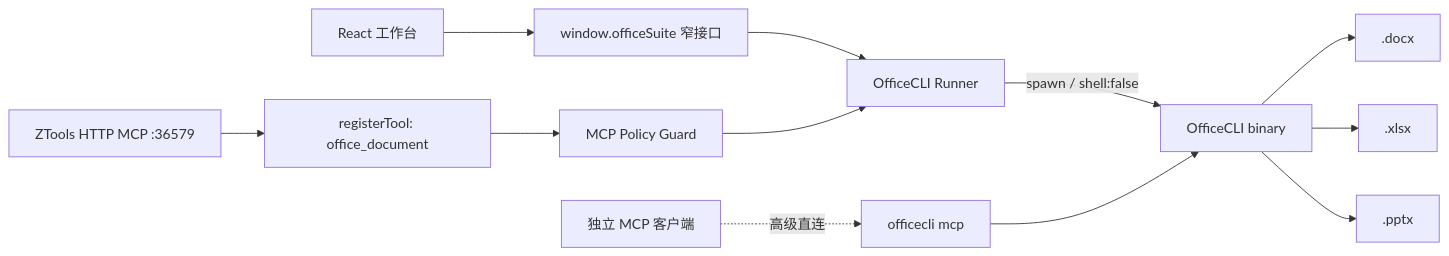
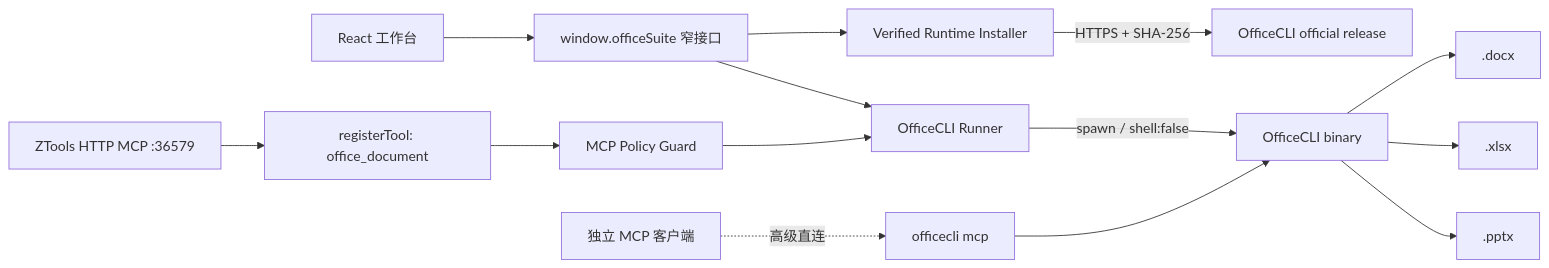
One commit to D06F6E67/ZTools-plugins changed the diagram in plugins/office-suite-workbench/docs/ARCHITECTURE.md. Above: the diagram before and after it, drawn with Mermaid. The commit also changed other lines of this file and 10 other files, not shown here.

Commit message:
feat(office-suite-workbench): 支持一键安装 OfficeCLI

````diff
--- a/plugins/office-suite-workbench/docs/ARCHITECTURE.md
+++ b/plugins/office-suite-workbench/docs/ARCHITECTURE.md
@@ -7,12 +7,14 @@
 ```mermaid
 flowchart LR
   UI["React 工作台"] --> Bridge["window.officeSuite 窄接口"]
   HTTP["ZTools HTTP MCP :36579"] --> Tool["registerTool: office_document"]
   Bridge --> Runner["OfficeCLI Runner"]
+  Bridge --> Installer["Verified Runtime Installer"]
+  Installer -->|"HTTPS + SHA-256"| Release["OfficeCLI official release"]
   Tool --> Policy["MCP Policy Guard"] --> Runner
   Runner -->|"spawn / shell:false"| CLI["OfficeCLI binary"]
   CLI --> DOCX[".docx"]
   CLI --> XLSX[".xlsx"]
   CLI --> PPTX[".pptx"]
   STDIO["独立 MCP 客户端"] -. "高级直连" .-> Native["officecli mcp"] --> CLI
 ```
````
